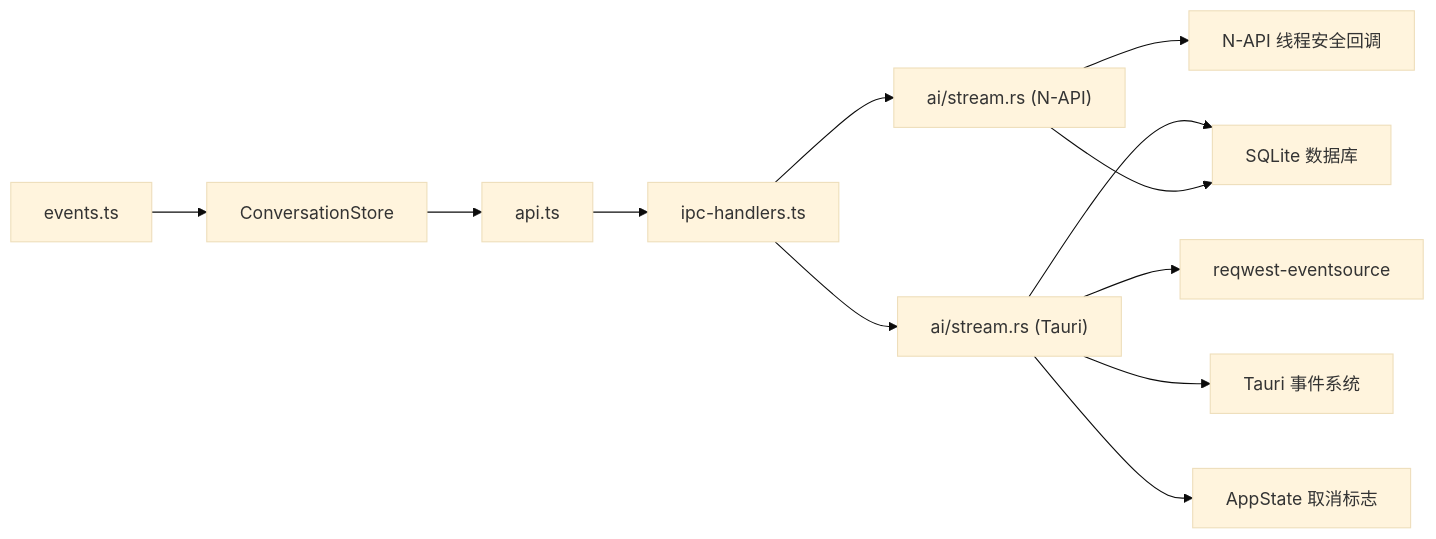
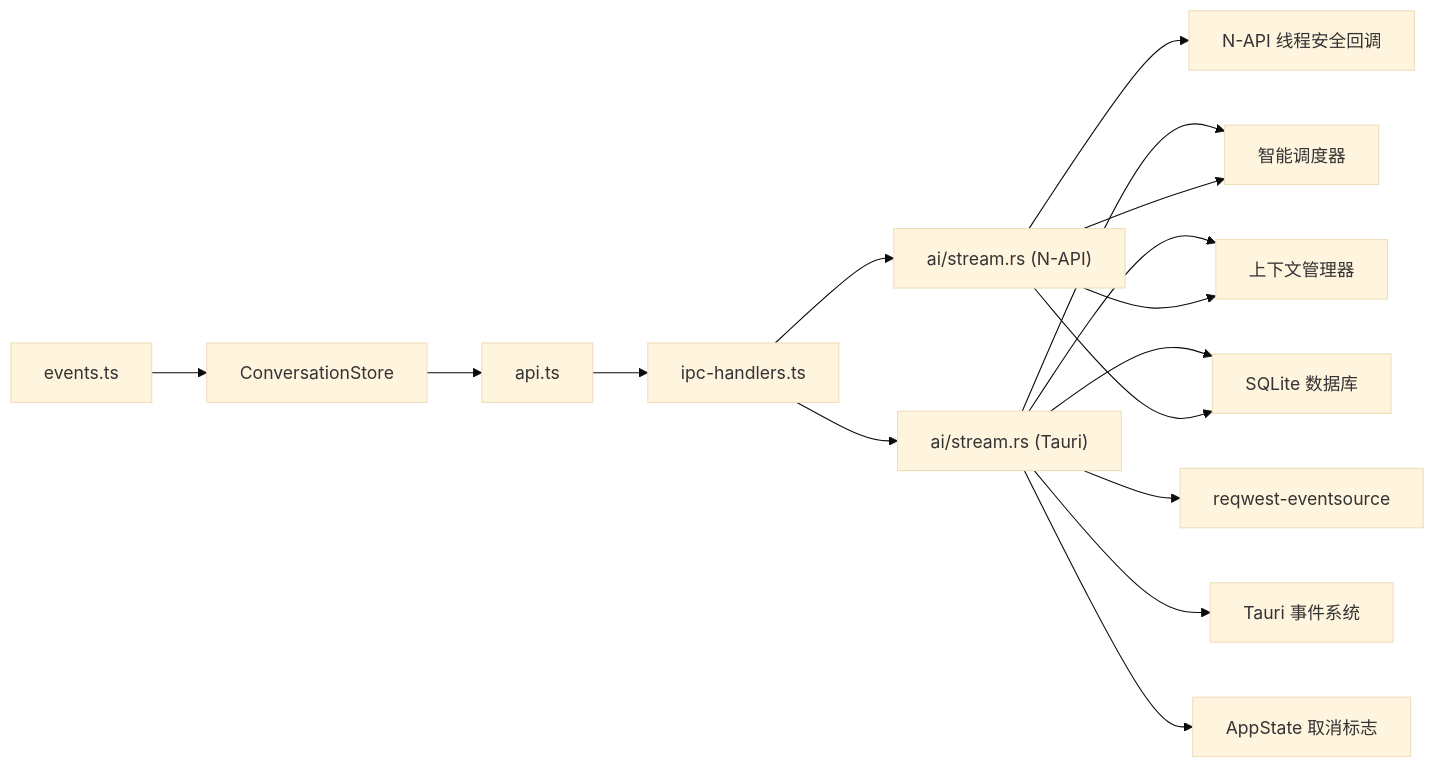
One commit to baike08/cosurf changed the eighth of 8 diagrams in .qoder/repowiki/zh/content/AI 代理系统/流式对话机制.md. Above: the diagram before and after it, drawn with Mermaid (base theme). The commit also changed other lines of this file and 15 other files, not shown here.

````diff
--- a/.qoder/repowiki/zh/content/AI 代理系统/流式对话机制.md
+++ b/.qoder/repowiki/zh/content/AI 代理系统/流式对话机制.md
@@ -267,14 +368,18 @@
 ```mermaid
 graph LR
 STR_T["ai/stream.rs (Tauri)"] --> REQ["reqwest-eventsource"]
 STR_T --> Tauri["Tauri 事件系统"]
 STR_T --> DB["SQLite 数据库"]
 STR_T --> STATE["AppState 取消标志"]
+STR_T --> SCHED["智能调度器"]
+STR_T --> CTX["上下文管理器"]
 STR_N["ai/stream.rs (N-API)"] --> NAPI["N-API 线程安全回调"]
+STR_N --> SCHED
+STR_N --> CTX
 STR_N --> DB
 IPC["ipc-handlers.ts"] --> STR_N
 IPC --> STR_T
 API["api.ts"] --> IPC
 EVT["events.ts"] --> UI["ConversationStore"]
 UI --> API
 ```
````
